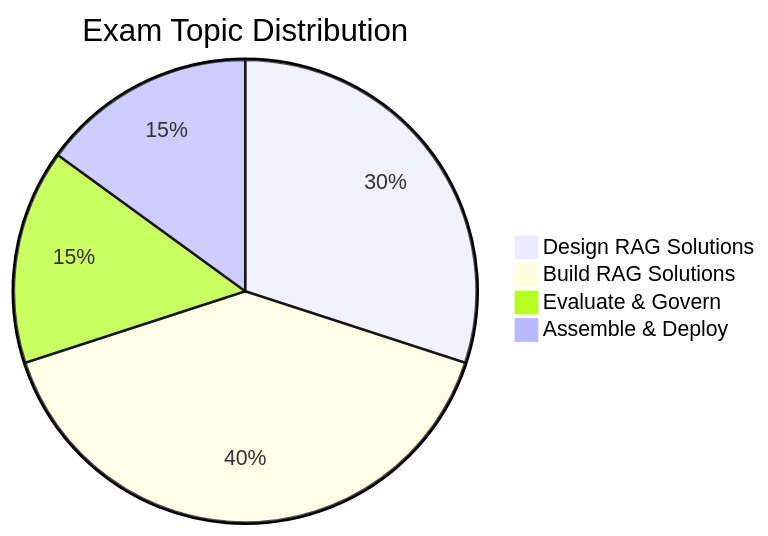
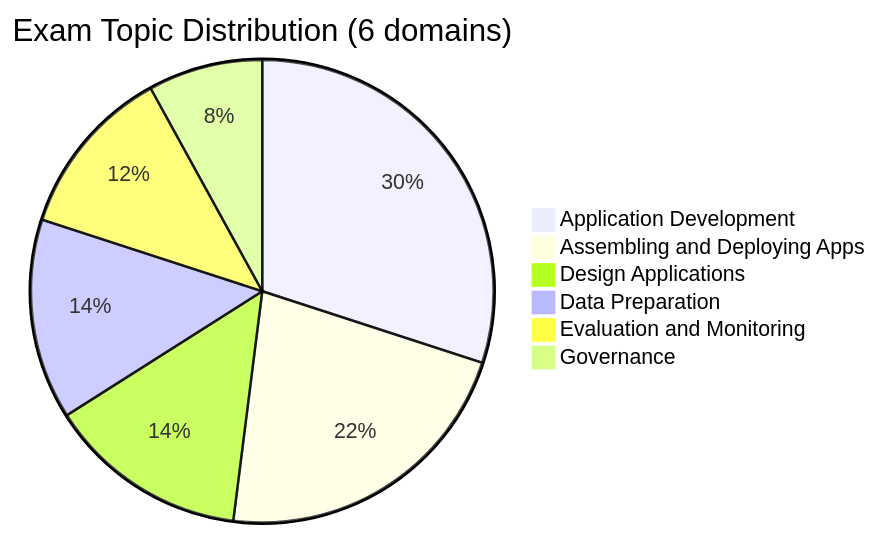
One commit to kengio/databricks-certification-study-guide changed the diagram in certifications/genai-engineer-associate/README.md. Above: the diagram before and after it, drawn with Mermaid. The commit also changed other lines of this file and 18 other files, not shown here.

````diff
--- a/certifications/genai-engineer-associate/README.md
+++ b/certifications/genai-engineer-associate/README.md
@@ -29,7 +44,9 @@
 ```mermaid
-pie title Exam Topic Distribution
-    "Design RAG Solutions" : 30
-    "Build RAG Solutions" : 40
-    "Evaluate & Govern" : 15
-    "Assemble & Deploy" : 15
+pie title Exam Topic Distribution (6 domains)
+    "Application Development" : 30
+    "Assembling and Deploying Apps" : 22
+    "Design Applications" : 14
+    "Data Preparation" : 14
+    "Evaluation and Monitoring" : 12
+    "Governance" : 8
 ```
````
